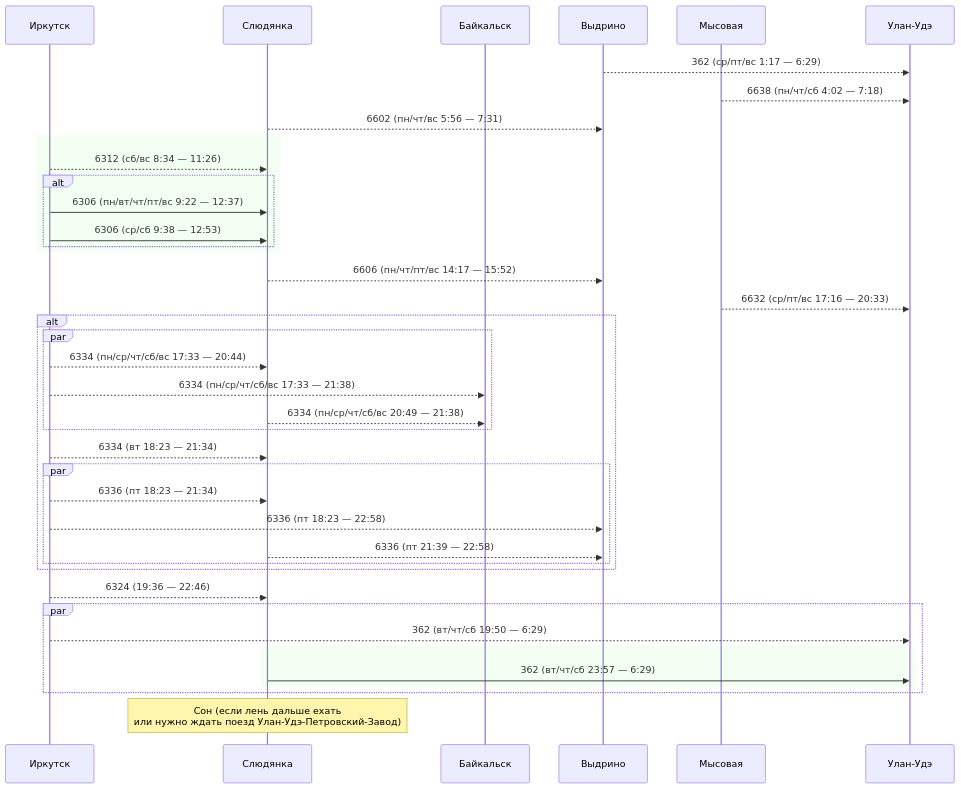
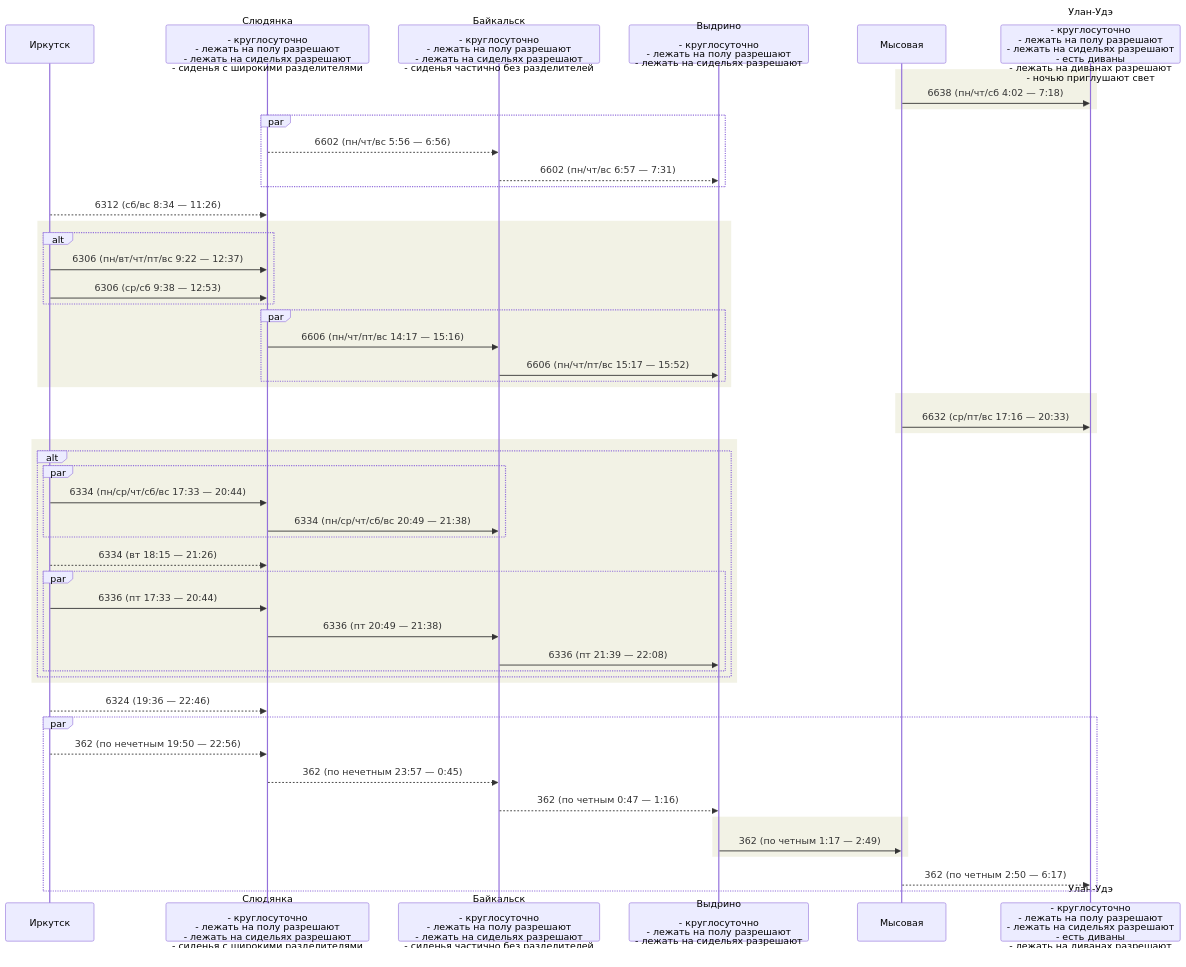
Before and after one commit to u0feff/Pezda: diagram 13 of 18 in Schedule/Eastbound.md, drawn with Mermaid. The commit also changed other lines of this file and 7 other files, not shown here.

````diff
--- a/Schedule/Eastbound.md
+++ b/Schedule/Eastbound.md
@@ -500,51 +507,62 @@
 ```mermaid
 sequenceDiagram
     participant Иркутск
-    participant Слюдянка
-    participant Байкальск
-    participant Выдрино
+    participant Слюдянка as Слюдянка<br><br>- круглосуточно<br>- лежать на полу разрешают<br>- лежать на сидельях разрешают<br>- сиденья с широкими разделителями
+    participant Байкальск as Байкальск<br><br>- круглосуточно<br>- лежать на полу разрешают<br>- лежать на сидельях разрешают<br>- сиденья частично без разделителей
+    participant Выдрино as Выдрино<br><br>- круглосуточно<br>- лежать на полу разрешают<br>- лежать на сидельях разрешают
     participant Мысовая
-    participant Улан-Удэ
+    participant УланУдэ as Улан-Удэ<br><br>- круглосуточно<br>- лежать на полу разрешают<br>- лежать на сидельях разрешают<br>- есть диваны<br>- лежать на диванах разрешают<br>- ночью приглушают свет
 
-    Выдрино-->>Улан-Удэ: 362 (ср/пт/вс 1:17 — 6:29)
+    rect rgba(127, 127, 0, 0.1)
+    Мысовая->>УланУдэ: 6638 (пн/чт/сб 4:02 — 7:18)
+    end
 
-    Мысовая-->>Улан-Удэ: 6638 (пн/чт/сб 4:02 — 7:18)
+    par
+    Слюдянка-->>Байкальск: 6602 (пн/чт/вс 5:56 — 6:56)
+    Байкальск-->>Выдрино: 6602 (пн/чт/вс 6:57 — 7:31)
+    end
 
-    Слюдянка-->>Выдрино: 6602 (пн/чт/вс 5:56 — 7:31)
+    Иркутск-->>Слюдянка: 6312 (сб/вс 8:34 — 11:26)
 
-    rect rgba(0, 255, 0, 0.05)
-    Иркутск-->>Слюдянка: 6312 (сб/вс 8:34 — 11:26)
+    rect rgba(127, 127, 0, 0.1)
     alt
     Иркутск->>Слюдянка: 6306 (пн/вт/чт/пт/вс 9:22 — 12:37)
     Иркутск->>Слюдянка: 6306 (ср/сб 9:38 — 12:53)
     end
+    par
+    Слюдянка->>Байкальск: 6606 (пн/чт/пт/вс 14:17 — 15:16)
+    Байкальск->>Выдрино: 6606 (пн/чт/пт/вс 15:17 — 15:52)
     end
-    Слюдянка-->>Выдрино: 6606 (пн/чт/пт/вс 14:17 — 15:52)
+    end
 
-    Мысовая-->>Улан-Удэ: 6632 (ср/пт/вс 17:16 — 20:33)
+    rect rgba(127, 127, 0, 0.1)
+    Мысовая->>УланУдэ: 6632 (ср/пт/вс 17:16 — 20:33)
+    end
 
+    rect rgba(127, 127, 0, 0.1)
     alt
     par
-    Иркутск-->>Слюдянка: 6334 (пн/ср/чт/сб/вс 17:33 — 20:44)
-    Иркутск-->>Байкальск: 6334 (пн/ср/чт/сб/вс 17:33 — 21:38)
-    Слюдянка-->>Байкальск: 6334 (пн/ср/чт/сб/вс 20:49 — 21:38)
+    Иркутск->>Слюдянка: 6334 (пн/ср/чт/сб/вс 17:33 — 20:44)
+    Слюдянка->>Байкальск: 6334 (пн/ср/чт/сб/вс 20:49 — 21:38)
     end
-    Иркутск-->>Слюдянка: 6334 (вт 18:23 — 21:34)
+    Иркутск-->>Слюдянка: 6334 (вт 18:15 — 21:26)
     par
-    Иркутск-->>Слюдянка: 6336 (пт 18:23 — 21:34)
-    Иркутск-->>Выдрино: 6336 (пт 18:23 — 22:58)
-    Слюдянка-->>Выдрино: 6336 (пт 21:39 — 22:58)
+    Иркутск->>Слюдянка: 6336 (пт 17:33 — 20:44)
+    Слюдянка->>Байкальск: 6336 (пт 20:49 — 21:38)
+    Байкальск->>Выдрино: 6336 (пт 21:39 — 22:08)
+    end
     end
     end
 
     Иркутск-->>Слюдянка: 6324 (19:36 — 22:46)
 
     par
-    Иркутск-->>Улан-Удэ: 362 (вт/чт/сб 19:50 — 6:29)
-    rect rgba(0, 255, 0, 0.05)
-    Слюдянка->>Улан-Удэ: 362 (вт/чт/сб 23:57 — 6:29)
+    Иркутск-->>Слюдянка: 362 (по нечетным 19:50 — 22:56)
+    Слюдянка-->>Байкальск: 362 (по нечетным 23:57 — 0:45)
+    Байкальск-->>Выдрино: 362 (по четным 0:47 — 1:16)
+    rect rgba(127, 127, 0, 0.1)
+    Выдрино->>Мысовая: 362 (по четным 1:17 — 2:49)
     end
+    Мысовая-->>УланУдэ: 362 (по четным 2:50 — 6:17)
     end
-
-    Note over Слюдянка: Сон (если лень дальше ехать<br>или нужно ждать поезд Улан-Удэ-Петровский-Завод)
 ```
````
